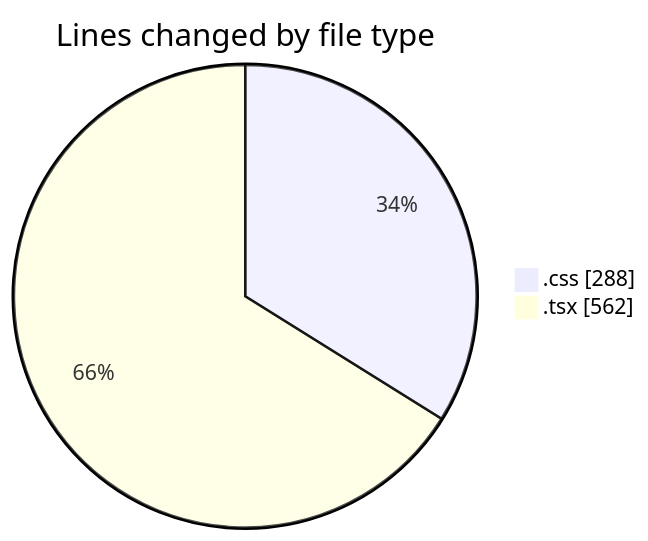
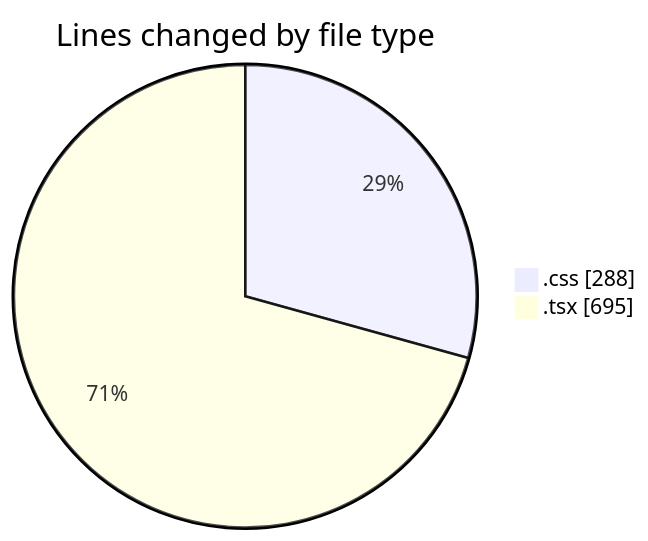
One commit to JenPaints/code-tracking changed the first of 2 diagrams in 2025-07-11/playgram-motion-arena-main/README.md. Above: the diagram before and after it, drawn with Mermaid. The commit also changed other lines of this file and 1 other file, not shown here.

````diff
--- a/2025-07-11/playgram-motion-arena-main/README.md
+++ b/2025-07-11/playgram-motion-arena-main/README.md
@@ -23,6 +25,6 @@
 ```mermaid
 pie showData
 title Lines changed by file type
 ".css" : 288
-".tsx" : 562
+".tsx" : 695
 ```
````
